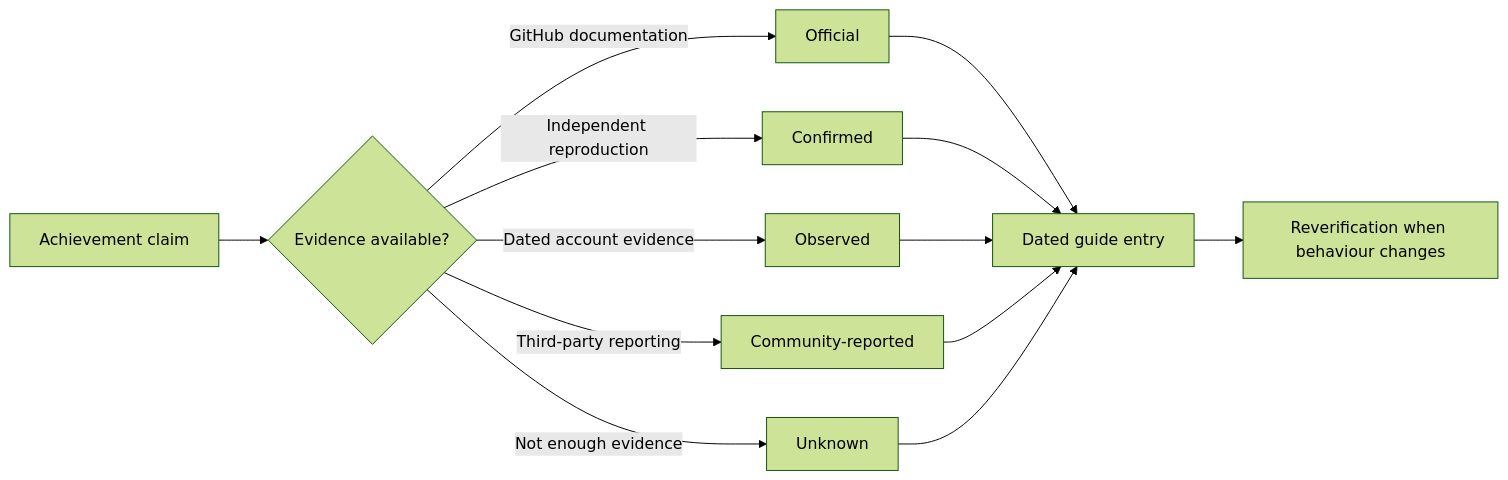
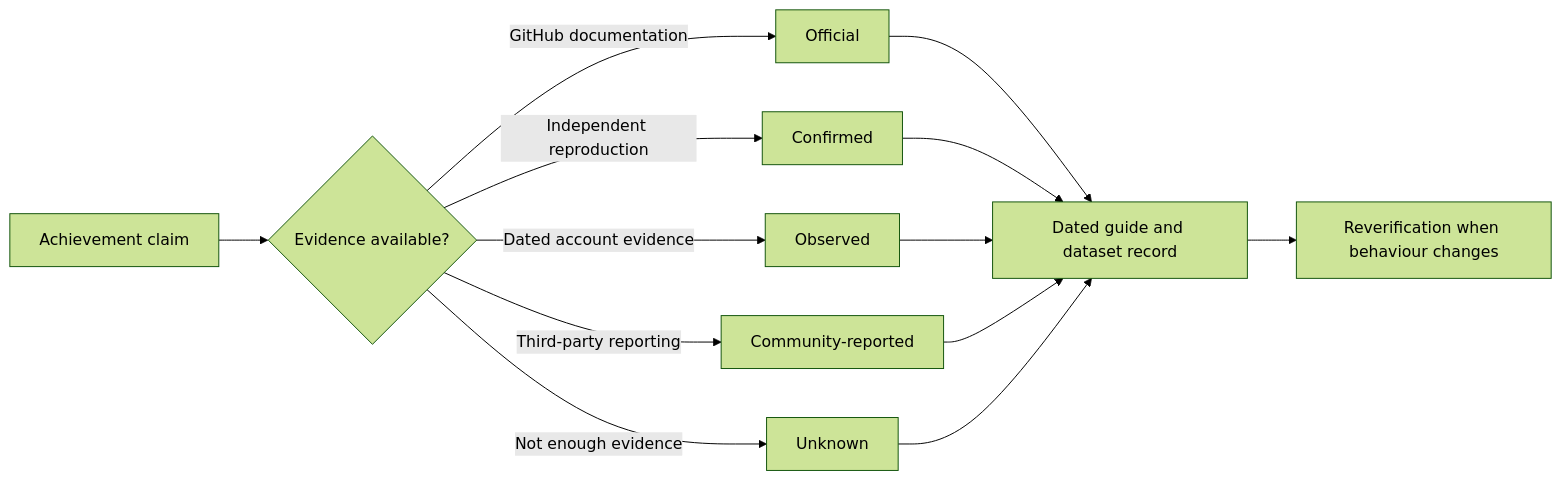
One commit to Conroy1988/Achievements changed the first of 2 diagrams in README.md. Above: the diagram before and after it, drawn with Mermaid (forest theme). The commit also changed other lines of this file, not shown here.

````diff
--- a/README.md
+++ b/README.md
@@ -82,15 +85,15 @@
 ```mermaid
 flowchart LR
     A[Achievement claim] --> B{Evidence available?}
     B -->|GitHub documentation| C[Official]
     B -->|Independent reproduction| D[Confirmed]
     B -->|Dated account evidence| E[Observed]
     B -->|Third-party reporting| F[Community-reported]
     B -->|Not enough evidence| G[Unknown]
-    C --> H[Dated guide entry]
+    C --> H[Dated guide and dataset record]
     D --> H
     E --> H
     F --> H
     G --> H
     H --> I[Reverification when behaviour changes]
 ```
````
